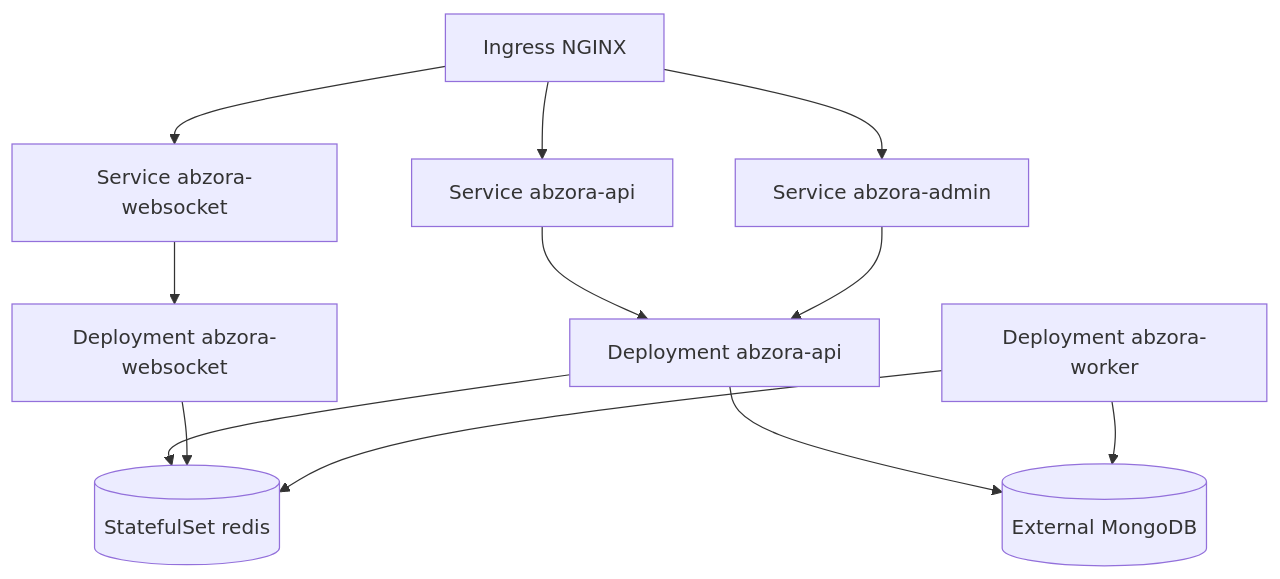
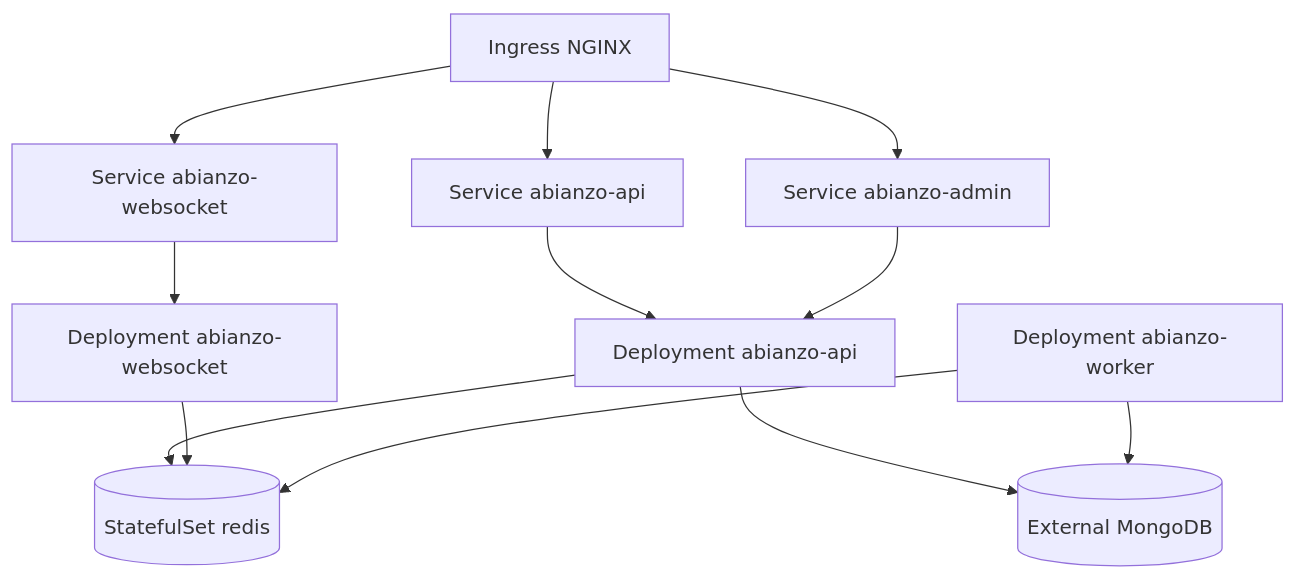
The sixth of 7 diagrams in docs/technical/08-architecture-diagrams.md (4bdulrahmaaaan-bit/abzora-admin), drawn with Mermaid before and after one commit. The commit also changed 33 other files, not shown here.

````diff
--- a/docs/technical/08-architecture-diagrams.md
+++ b/docs/technical/08-architecture-diagrams.md
@@ -90,17 +90,17 @@
 ```mermaid
 graph TD
-  IN[Ingress NGINX] --> API[Service abzora-api]
-  IN --> WSSVC[Service abzora-websocket]
-  IN --> ADMSVC[Service abzora-admin]
+  IN[Ingress NGINX] --> API[Service abianzo-api]
+  IN --> WSSVC[Service abianzo-websocket]
+  IN --> ADMSVC[Service abianzo-admin]
 
-  API --> APIPOD[Deployment abzora-api]
-  WSSVC --> WSPOD[Deployment abzora-websocket]
+  API --> APIPOD[Deployment abianzo-api]
+  WSSVC --> WSPOD[Deployment abianzo-websocket]
   ADMSVC --> APIPOD
 
   APIPOD --> REDIS[(StatefulSet redis)]
   WSPOD --> REDIS
-  WRK[Deployment abzora-worker] --> REDIS
+  WRK[Deployment abianzo-worker] --> REDIS
 
   APIPOD --> MDB[(External MongoDB)]
   WRK --> MDB
 ```
````
